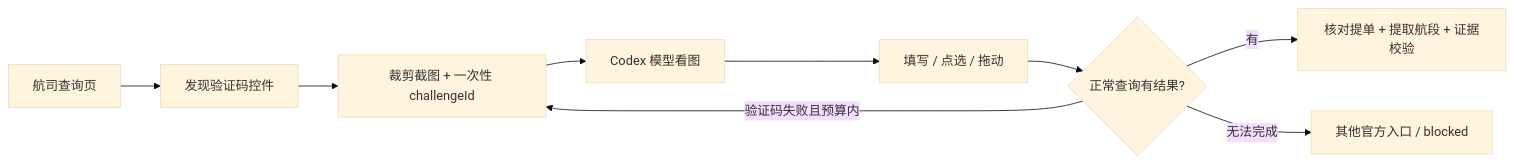
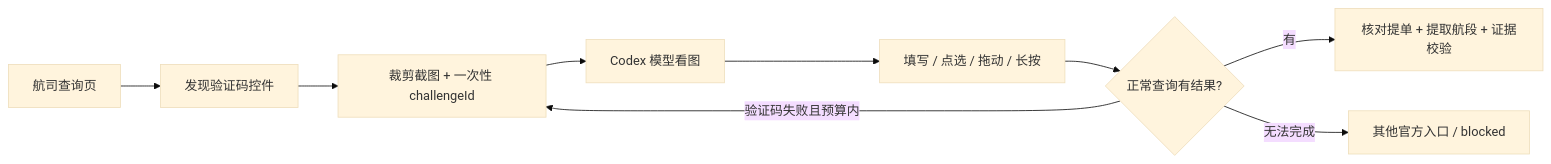
One commit to wangbin0227/codex_flight_service changed the diagram in docs/captcha.md. Above: the diagram before and after it, drawn with Mermaid (base theme). The commit also changed other lines of this file and 9 other files, not shown here.

````diff
--- a/docs/captcha.md
+++ b/docs/captcha.md
@@ -13,11 +13,11 @@
 ```mermaid
 flowchart LR
   P[航司查询页] --> D[发现验证码控件]
   D --> I[裁剪截图 + 一次性 challengeId]
   I --> M[Codex 模型看图]
-  M --> A[填写 / 点选 / 拖动]
+  M --> A[填写 / 点选 / 拖动 / 长按]
   A --> V{正常查询有结果?}
   V -->|有| E[核对提单 + 提取航段 + 证据校验]
   V -->|验证码失败且预算内| I
   V -->|无法完成| B[其他官方入口 / blocked]
 ```
````
